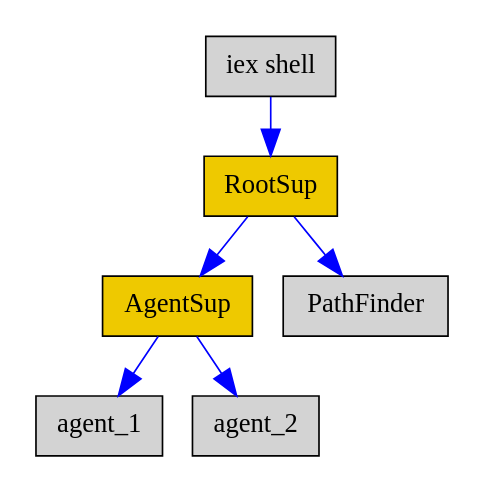
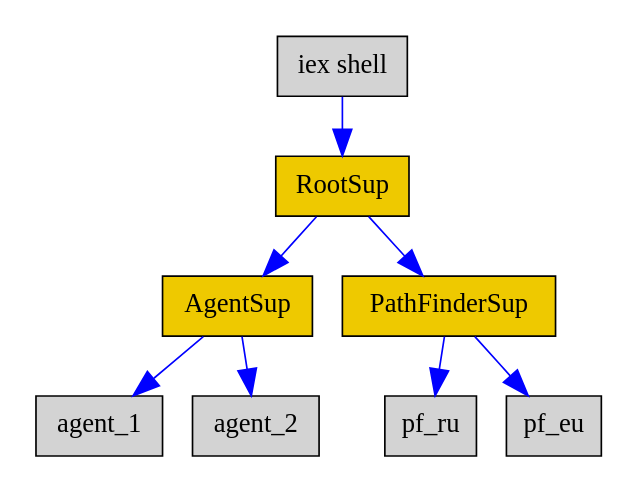
The diagram in lesson_03/img/supervision_tree.dot (yzh44yzh/elixir_course_2), drawn with Graphviz before and after one commit. The commit also changed 9 other files, not shown here.

```diff
--- a/lesson_03/img/supervision_tree.dot
+++ b/lesson_03/img/supervision_tree.dot
@@ -1,15 +1,18 @@
 digraph GS {
 
     graph [pad=0.2, fontname="UbuntuMono", fontsize=20]
     node [shape=box, style=filled, fontname="UbuntuMono", fontsize=16]
 
     RootSup [fillcolor=gold2];
     AgentSup [fillcolor=gold2];
+    PathFinderSup [fillcolor=gold2];
     
     edge [color=blue, arrowsize=1.6];
     "iex shell" -> RootSup;
-    RootSup -> PathFinder;
     RootSup -> AgentSup;
+    RootSup -> PathFinderSup;
     AgentSup -> agent_1;
     AgentSup -> agent_2;
+    PathFinderSup -> pf_ru;
+    PathFinderSup -> pf_eu;
 }
```
